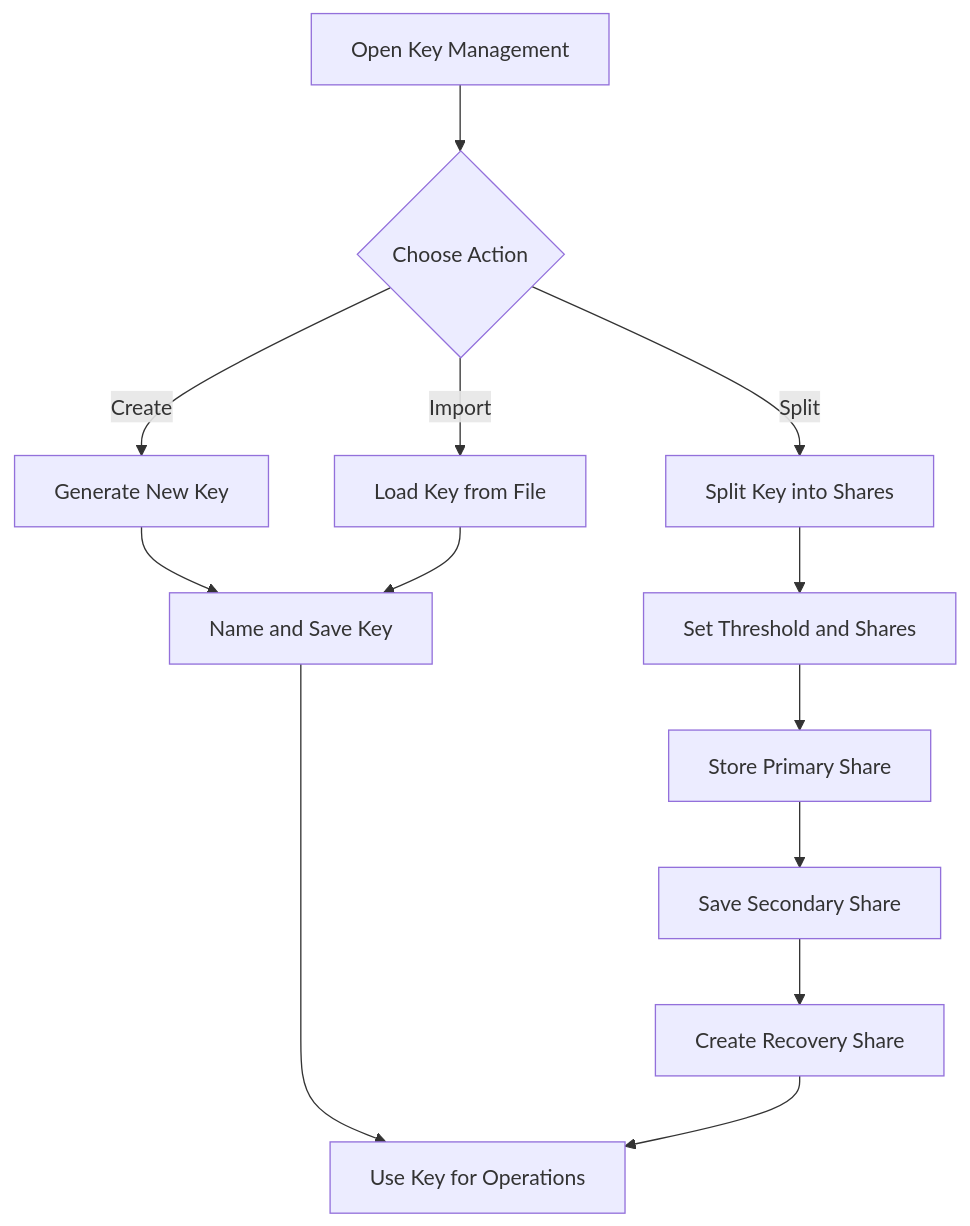
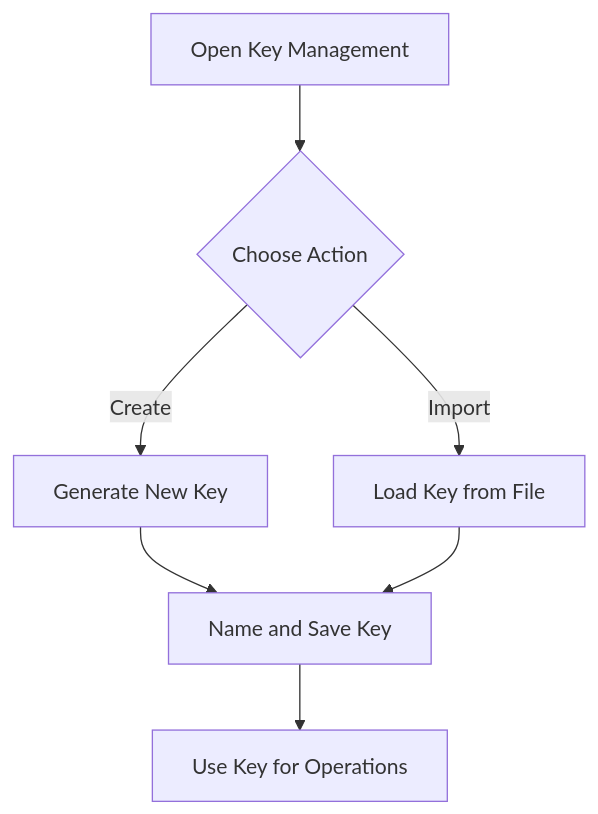
The third of 4 diagrams in Documentation/USAGE.md (shahern004/CRUSTy), drawn with Mermaid before and after one commit. The commit also changed other lines of this file, not shown here.

````diff
--- a/Documentation/USAGE.md
+++ b/Documentation/USAGE.md
@@ -110,15 +187,9 @@
 ```mermaid
 flowchart TD
     A[Open Key Management] --> B{Choose Action}
     B -->|Create| C[Generate New Key]
     B -->|Import| D[Load Key from File]
-    B -->|Split| E[Split Key into Shares]
     C --> F[Name and Save Key]
     D --> F
-    E --> G[Set Threshold and Shares]
-    G --> H[Store Primary Share]
-    H --> I[Save Secondary Share]
-    I --> J[Create Recovery Share]
     F --> K[Use Key for Operations]
-    J --> K
 ```
````
